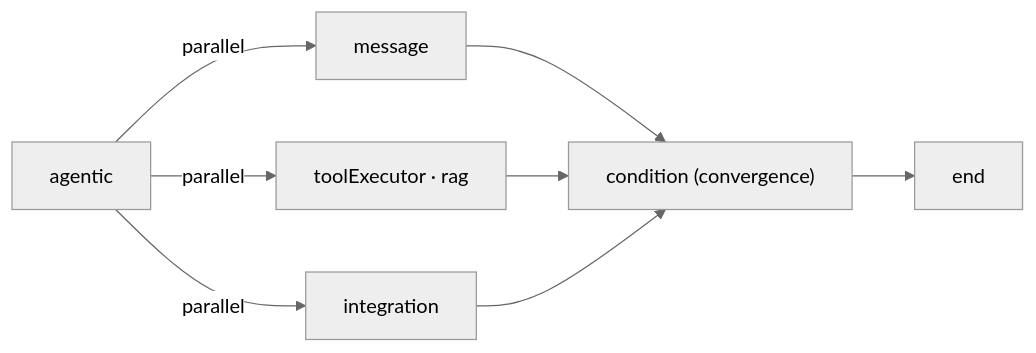
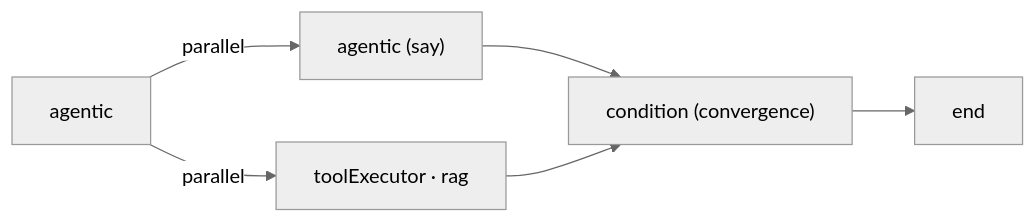
The second of 4 diagrams in platform/flows.mdx (Aico-Systems/docs), drawn with Mermaid (neutral theme) before and after one commit. The commit also changed other lines of this file and 1 other file, not shown here.

First line of the commit message:
docs: 13 node types (no message, integration, pause); regenerate openapi.json

````diff
--- a/platform/flows.mdx
+++ b/platform/flows.mdx
@@ -112,10 +110,8 @@
 ```mermaid
 flowchart LR
-    A["agentic"] -- parallel --> C1["message"]
+    A["agentic"] -- parallel --> C1["agentic (say)"]
     A -- parallel --> C2["toolExecutor · rag"]
-    A -- parallel --> C3["integration"]
     C1 --> D["condition (convergence)"]
     C2 --> D
-    C3 --> D
     D --> E["end"]
 ```
````
